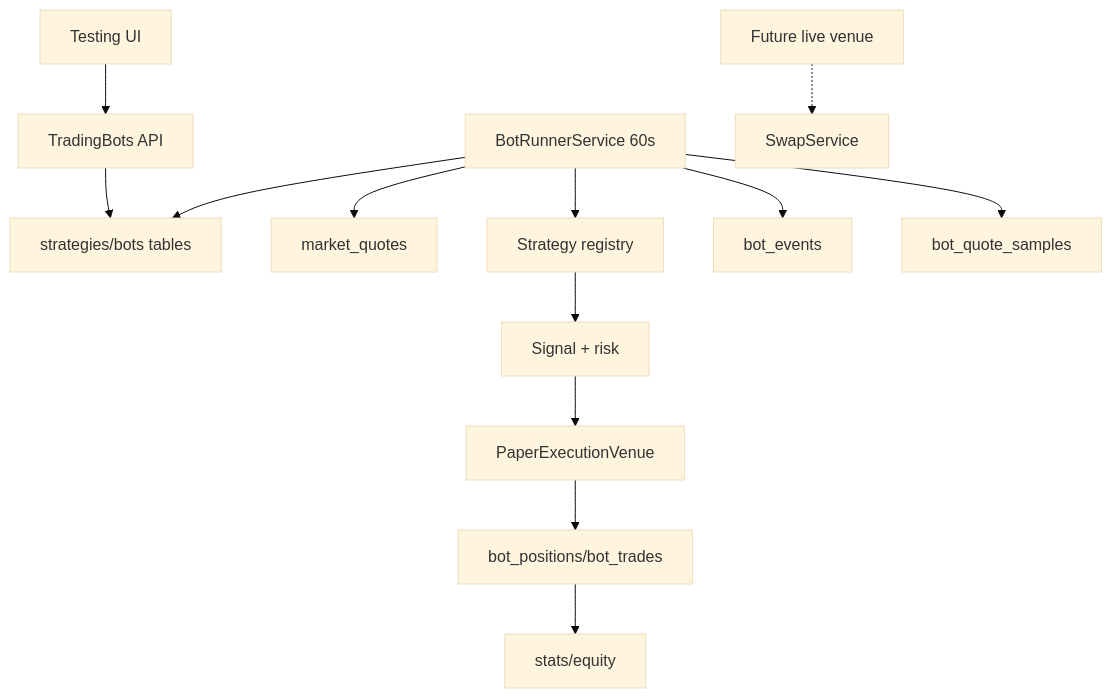
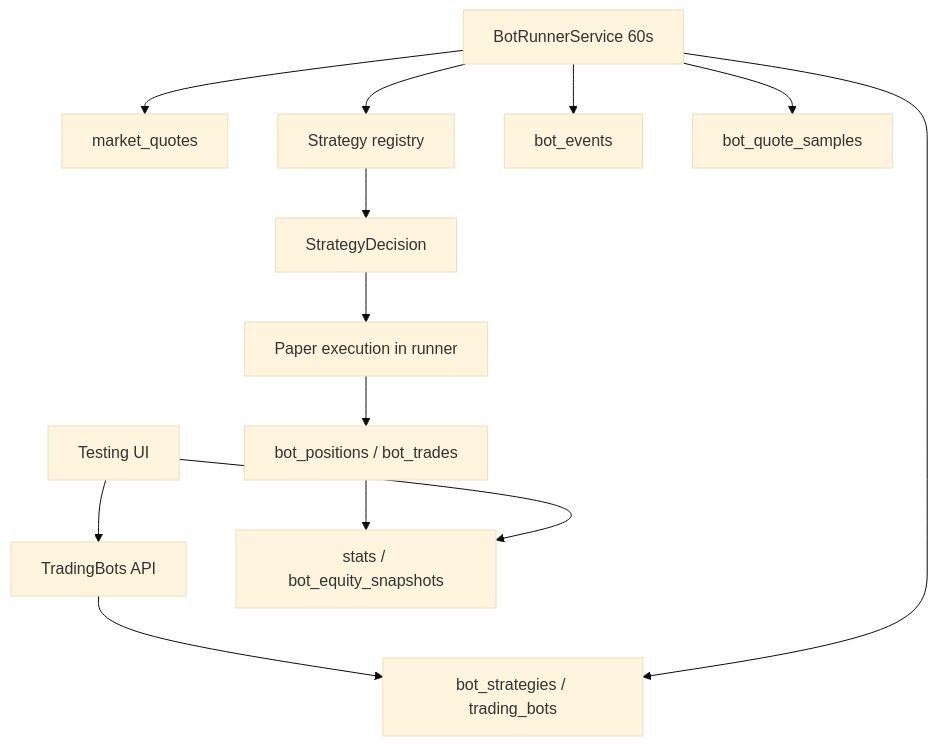
The diagram in docs/project/trading-bots.md (jankowski-dev/Nexter.App), drawn with Mermaid (base theme) before and after one commit. The commit also changed other lines of this file and 12 other files, not shown here.

Commit message:
docs: document paper trading bots, ADR and refreshed PDF

````diff
--- a/docs/project/trading-bots.md
+++ b/docs/project/trading-bots.md
@@ -28,15 +29,15 @@
 ```mermaid
 flowchart TB
   UI[Testing UI] --> API[TradingBots API]
-  API --> StrategyRepo[strategies/bots tables]
+  API --> StrategyRepo[bot_strategies / trading_bots]
   Runner[BotRunnerService 60s] --> StrategyRepo
   Runner --> Quotes[market_quotes]
   Runner --> Registry[Strategy registry]
-  Registry --> Signal[Signal + risk]
-  Signal --> Paper[PaperExecutionVenue]
-  Paper --> BotLedger[bot_positions/bot_trades]
-  BotLedger --> Stats[stats/equity]
+  Registry --> Signal[StrategyDecision]
+  Signal --> Paper[Paper execution in runner]
+  Paper --> BotLedger[bot_positions / bot_trades]
+  BotLedger --> Stats[stats / bot_equity_snapshots]
   Runner --> Events[bot_events]
   Runner --> Samples[bot_quote_samples]
-  Future[Future live venue] -.-> Swap[SwapService]
+  UI --> Stats
 ```
````
